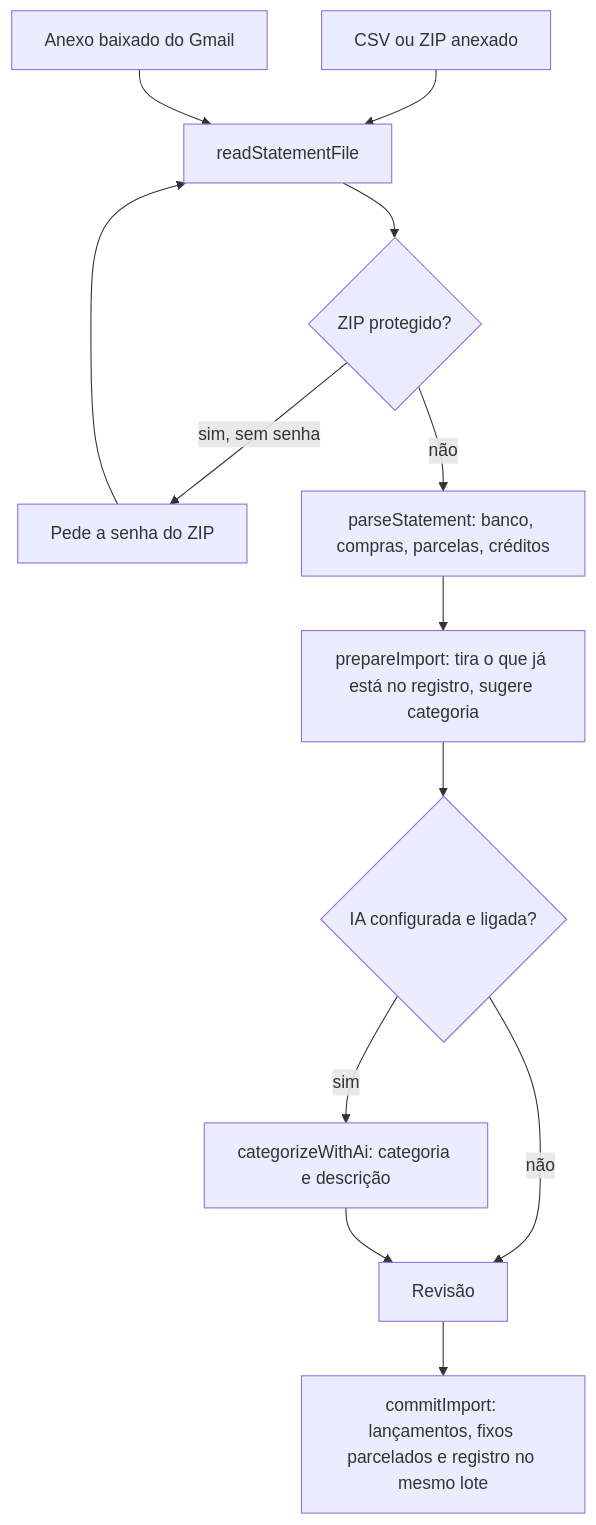
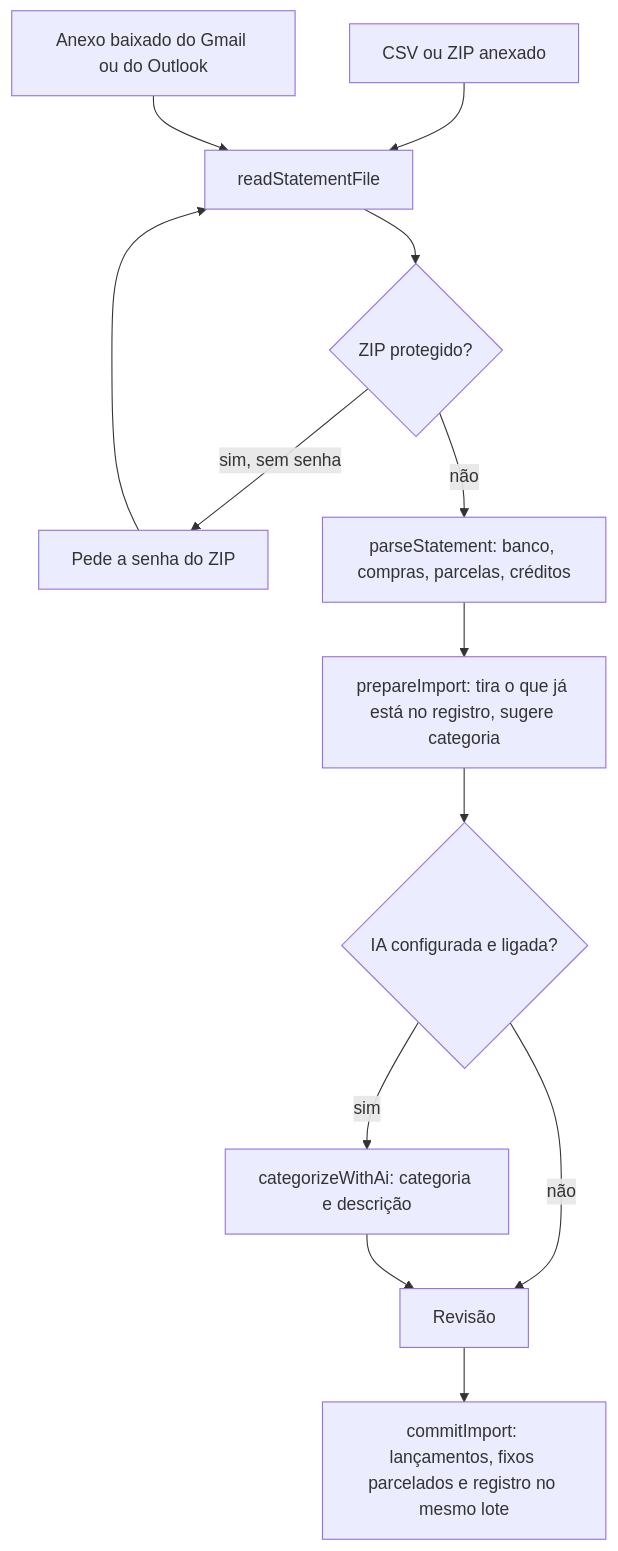
The diagram in docs/11-importacao-e-ia.md (RuanPS01/cash-organizer-web), drawn with Mermaid before and after one commit. The commit also changed other lines of this file and 21 other files, not shown here.

````diff
--- a/docs/11-importacao-e-ia.md
+++ b/docs/11-importacao-e-ia.md
@@ -27,15 +28,15 @@
 ```mermaid
 flowchart TD
   A["CSV ou ZIP anexado"] --> C["readStatementFile"]
-  B["Anexo baixado do Gmail"] --> C
+  B["Anexo baixado do Gmail ou do Outlook"] --> C
   C --> D{"ZIP protegido?"}
   D -- "sim, sem senha" --> E["Pede a senha do ZIP"]
   E --> C
   D -- "não" --> F["parseStatement: banco, compras, parcelas, créditos"]
   F --> G["prepareImport: tira o que já está no registro, sugere categoria"]
   G --> H{"IA configurada e ligada?"}
   H -- "sim" --> I["categorizeWithAi: categoria e descrição"]
   H -- "não" --> J["Revisão"]
   I --> J
   J --> K["commitImport: lançamentos, fixos parcelados e registro no mesmo lote"]
 ```
````
